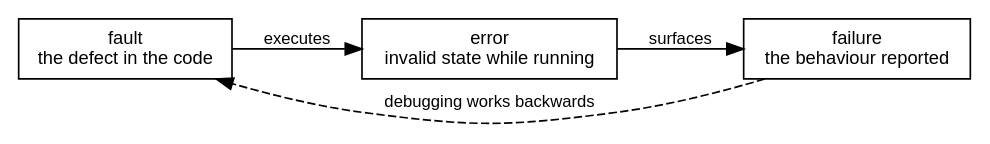
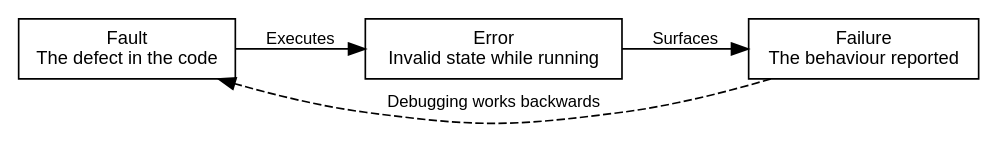
One commit to ubccpsc/210 changed the diagram in docs/part3/05_debugging.md. Above: the diagram before and after it, drawn with Graphviz. The commit also changed other lines of this file and 5 other files, not shown here.

````diff
--- a/docs/part3/05_debugging.md
+++ b/docs/part3/05_debugging.md
@@ -31,15 +31,15 @@
 ```graphviz
 digraph faultChain {
   rankdir = LR;
   node [shape = box, fontname = "sans-serif", fontsize = 11];
   edge [fontname = "sans-serif", fontsize = 10];
 
-  fault   [label = "fault\nthe defect in the code"];
-  error   [label = "error\ninvalid state while running"];
-  failure [label = "failure\nthe behaviour reported"];
+  fault   [label = "Fault\nThe defect in the code"];
+  error   [label = "Error\nInvalid state while running"];
+  failure [label = "Failure\nThe behaviour reported"];
 
-  fault -> error   [label = "executes"];
-  error -> failure [label = "surfaces"];
-  failure -> fault [label = "debugging works backwards", style = dashed, constraint = false];
+  fault -> error   [label = "Executes"];
+  error -> failure [label = "Surfaces"];
+  failure -> fault [label = "Debugging works backwards", style = dashed, constraint = false];
 }
 ```
````
